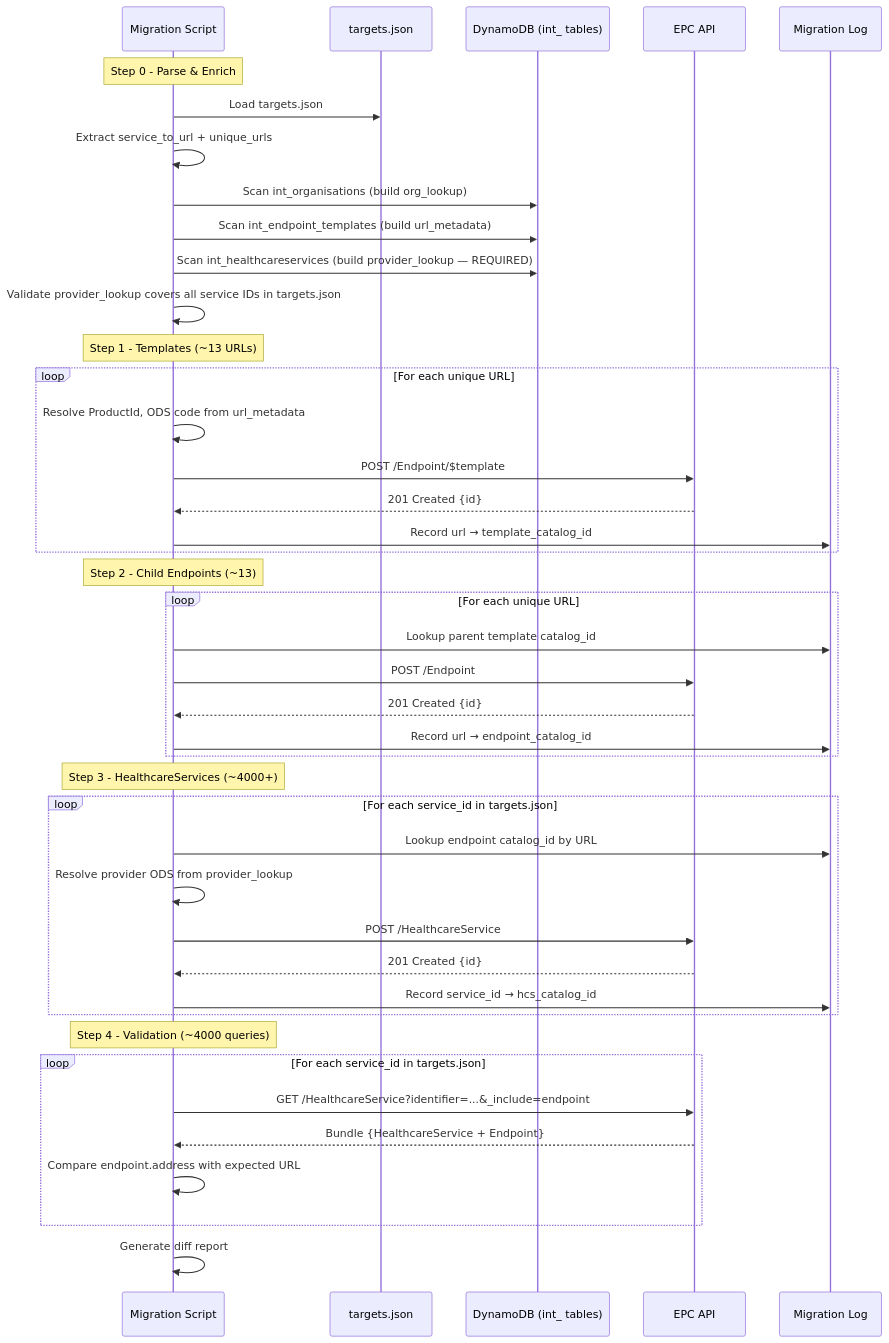
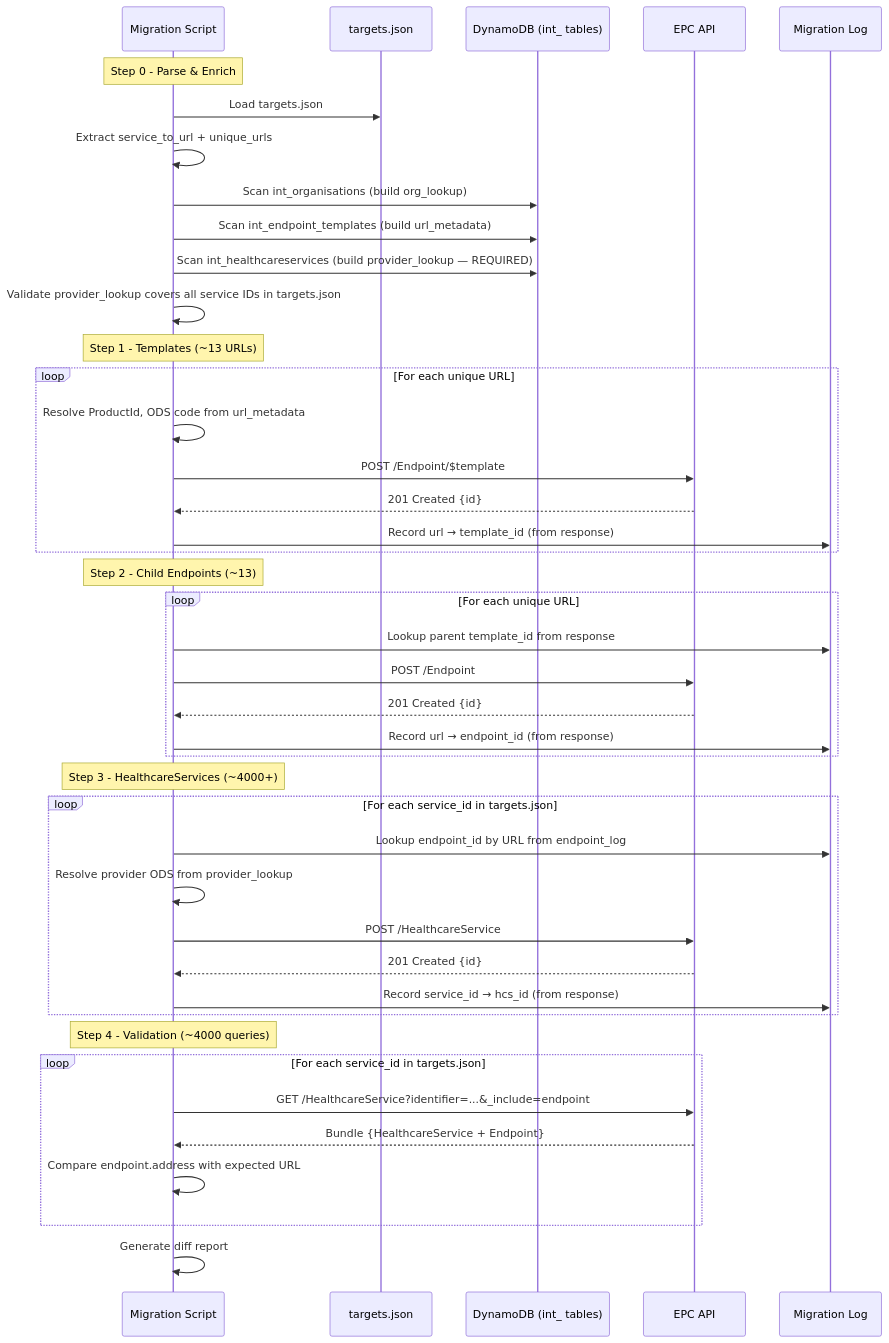
One commit to RichardWardNHSD/epc-work changed the second of 3 diagrams in Data Migration/Documentation/migration-from-targets-json.md. Above: the diagram before and after it, drawn with Mermaid. The commit also changed other lines of this file, not shown here.

Commit message:
Remove all catalog_id references — use endpoint_id/template_id/hcs_id (from API responses) throughout

````diff
--- a/Data Migration/Documentation/migration-from-targets-json.md
+++ b/Data Migration/Documentation/migration-from-targets-json.md
@@ -777,49 +777,49 @@
 ```mermaid
 sequenceDiagram
     participant Script as Migration Script
     participant TJ as targets.json
     participant DDB as DynamoDB (int_ tables)
     participant EPC as EPC API
     participant Log as Migration Log
 
     Note over Script: Step 0 - Parse & Enrich
     Script->>TJ: Load targets.json
     Script->>Script: Extract service_to_url + unique_urls
     Script->>DDB: Scan int_organisations (build org_lookup)
     Script->>DDB: Scan int_endpoint_templates (build url_metadata)
     Script->>DDB: Scan int_healthcareservices (build provider_lookup — REQUIRED)
     Script->>Script: Validate provider_lookup covers all service IDs in targets.json
 
     Note over Script: Step 1 - Templates (~13 URLs)
     loop For each unique URL
         Script->>Script: Resolve ProductId, ODS code from url_metadata
         Script->>EPC: POST /Endpoint/$template
         EPC-->>Script: 201 Created {id}
-        Script->>Log: Record url → template_catalog_id
+        Script->>Log: Record url → template_id (from response)
     end
 
     Note over Script: Step 2 - Child Endpoints (~13)
     loop For each unique URL
-        Script->>Log: Lookup parent template catalog_id
+        Script->>Log: Lookup parent template_id from response
         Script->>EPC: POST /Endpoint
         EPC-->>Script: 201 Created {id}
-        Script->>Log: Record url → endpoint_catalog_id
+        Script->>Log: Record url → endpoint_id (from response)
     end
 
     Note over Script: Step 3 - HealthcareServices (~4000+)
     loop For each service_id in targets.json
-        Script->>Log: Lookup endpoint catalog_id by URL
+        Script->>Log: Lookup endpoint_id by URL from endpoint_log
         Script->>Script: Resolve provider ODS from provider_lookup
         Script->>EPC: POST /HealthcareService
         EPC-->>Script: 201 Created {id}
-        Script->>Log: Record service_id → hcs_catalog_id
+        Script->>Log: Record service_id → hcs_id (from response)
     end
 
     Note over Script: Step 4 - Validation (~4000 queries)
     loop For each service_id in targets.json
         Script->>EPC: GET /HealthcareService?identifier=...&_include=endpoint
         EPC-->>Script: Bundle {HealthcareService + Endpoint}
         Script->>Script: Compare endpoint.address with expected URL
     end
     Script->>Script: Generate diff report
 ```
````
